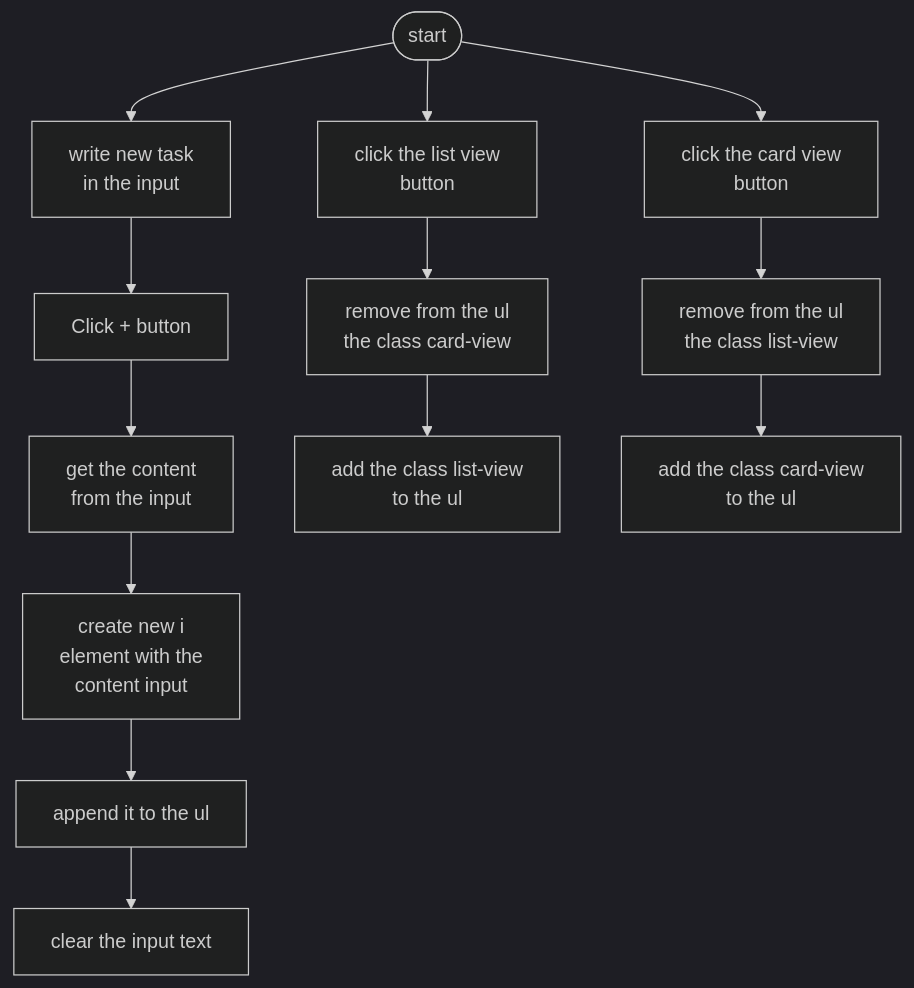
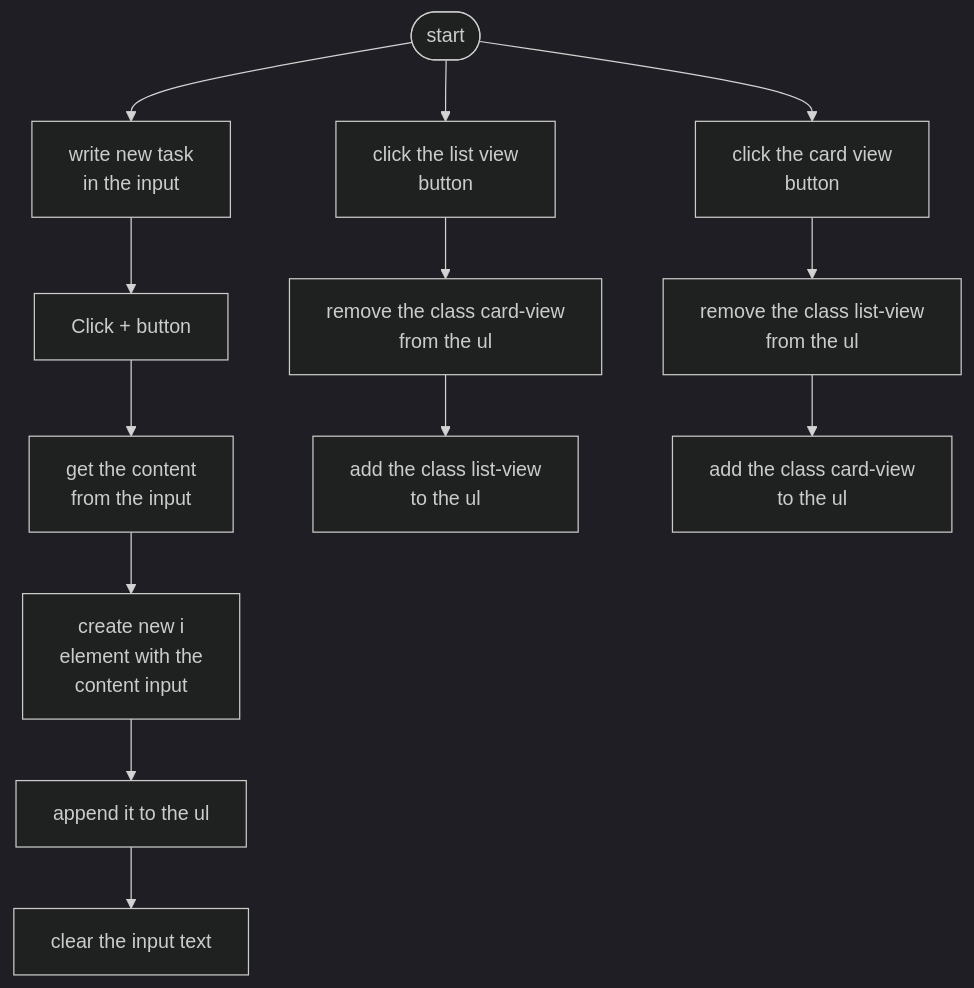
One commit to Master-Interaction-Design-SUPSI/2025-Creative-Coding-Foundations changed the diagram in Lessons/Lesson-03/README.md. Above: the diagram before and after it, drawn with Mermaid (dark theme).

````diff
--- a/Lessons/Lesson-03/README.md
+++ b/Lessons/Lesson-03/README.md
@@ -17,13 +17,13 @@
 ```mermaid
 flowchart TD
     A(["start"]) --> n1["write new task<br>in the input"] & n7["click the list view<br>button"] & n10["click the card view<br>button"]
     n1 --> n2["Click + button"]
     n2 --> n3["get the content<br>from the input"]
     n3 --> n4["create new i<br>element with the<br>content input"]
     n4 --> n5["append it to the ul"]
     n5 --> n6["clear the input text"]
-    n7 --> n8["remove from the ul<br>the class card-view"]
+    n7 --> n8["remove the class card-view<br> from the ul"]
     n8 --> n9["add the class list-view<br>to the ul"]
-    n10 --> n11["remove from the ul<br>the class list-view"]
+    n10 --> n11["remove the class list-view<br> from the ul"]
     n11 --> n12["add the class card-view<br>to the ul"]
 ```
````
